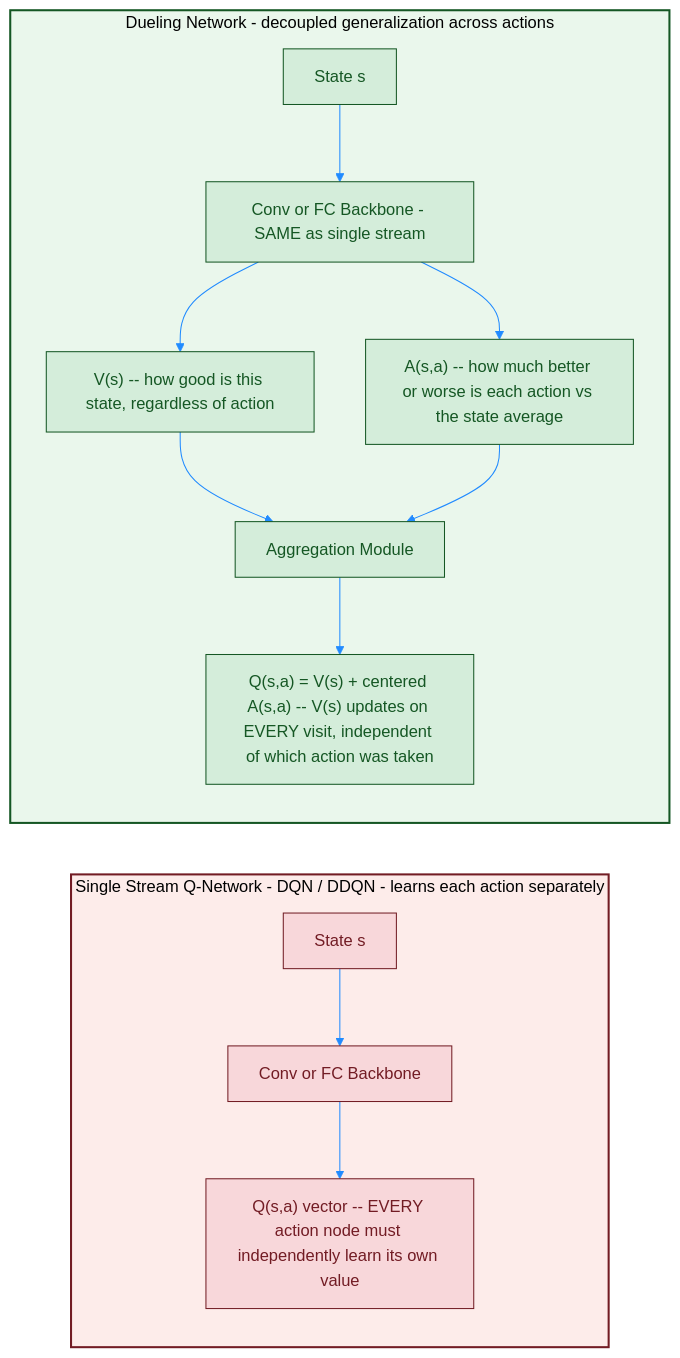
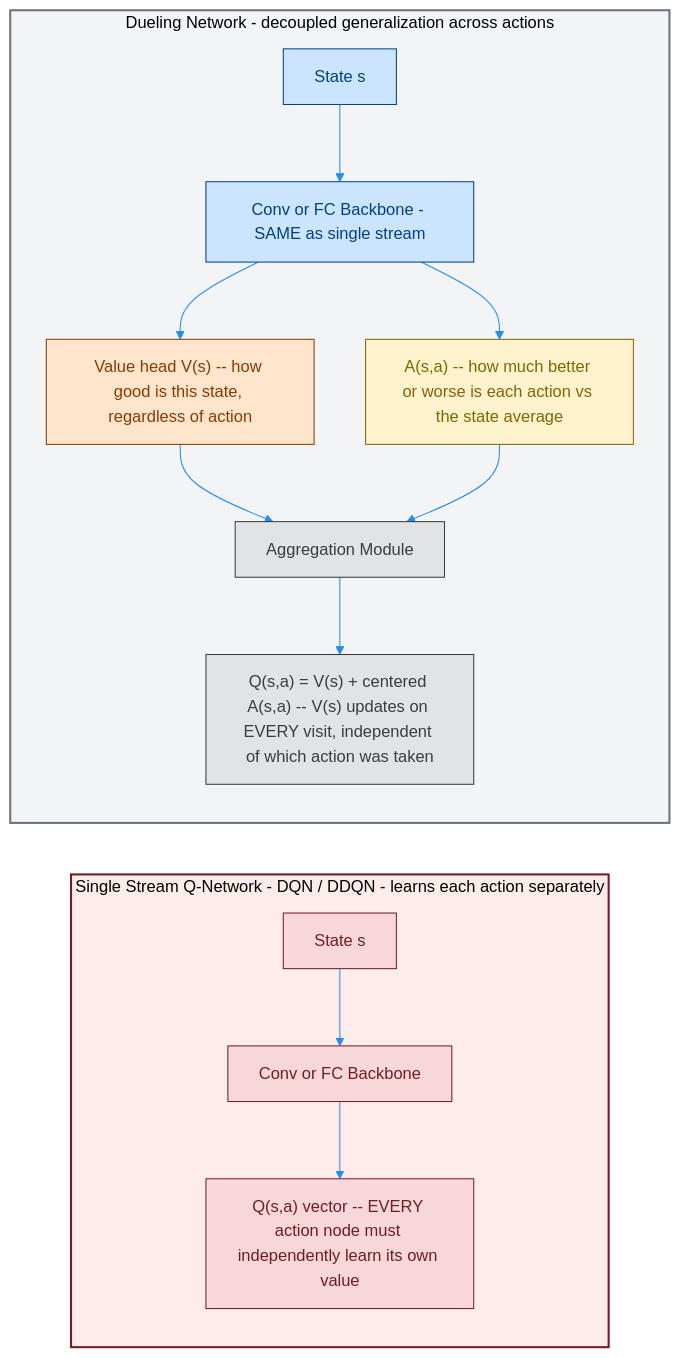
One commit to Open-Source-Robotics-For-Myanmar/rl changed the third of 5 diagrams in Day81 RL python/02_Miguel Morales - Grokking Deep Reinforcement Learning/02_rl_with_dl/rom_photos/04_1_VB_Dueling_DDQN.md. Above: the diagram before and after it, drawn with Mermaid. The commit also changed other lines of this file and 12 other files, not shown here.

````diff
--- a/Day81 RL python/02_Miguel Morales - Grokking Deep Reinforcement Learning/02_rl_with_dl/rom_photos/04_1_VB_Dueling_DDQN.md
+++ b/Day81 RL python/02_Miguel Morales - Grokking Deep Reinforcement Learning/02_rl_with_dl/rom_photos/04_1_VB_Dueling_DDQN.md
@@ -92,26 +113,34 @@
 ```mermaid
 %%{init: {'theme': 'base', 'themeVariables': { 'primaryColor': '#ffffff', 'lineColor': '#218bff'}}}%%
 graph LR
     subgraph SingleStream [Single Stream Q-Network - DQN / DDQN - learns each action separately]
         S1[State s] --> B1[Conv or FC Backbone]
         B1 --> Out1["Q(s,a) vector -- EVERY action node must independently learn its own value"]
     end
 
     subgraph DuelingStream [Dueling Network - decoupled generalization across actions]
         S2[State s] --> B2[Conv or FC Backbone - SAME as single stream]
-        B2 --> V2["V(s) -- how good is this state, regardless of action"]
+        B2 --> V2["Value head V(s) -- how good is this state, regardless of action"]
         B2 --> A2["A(s,a) -- how much better or worse is each action vs the state average"]
         V2 --> Agg2[Aggregation Module]
         A2 --> Agg2
         Agg2 --> Out2["Q(s,a) = V(s) + centered A(s,a) -- V(s) updates on EVERY visit, independent of which action was taken"]
     end
 
-    classDef single fill:#f8d7da,stroke:#721c24,stroke-width:1px,color:#721c24;
-    classDef dueling fill:#d4edda,stroke:#155724,stroke-width:1px,color:#155724;
+    classDef data fill:#cce5ff,stroke:#004085,stroke-width:1px,color:#004085;
+    classDef batch fill:#fff3cd,stroke:#856404,stroke-width:1px,color:#856404;
+    classDef train fill:#f8d7da,stroke:#721c24,stroke-width:1px,color:#721c24;
+    classDef result fill:#e2e3e5,stroke:#383d41,stroke-width:1px,color:#383d41;
+    classDef valueNetwork fill:#ffe5cc,stroke:#8a3b00,stroke-width:1px,color:#8a3b00;
 
-    class S1,B1,Out1 single;
-    class S2,B2,V2,A2,Agg2,Out2 dueling;
+    class S2,B2 data;
+    class A2 batch;
+    class S1,B1,Out1 train;
+    class Agg2,Out2 result;
+    class V2 valueNetwork;
+
+
 
     style SingleStream fill:#fdecea,stroke:#721c24,stroke-width:2px;
-    style DuelingStream fill:#eaf7ec,stroke:#155724,stroke-width:2px;
+    style DuelingStream fill:#f3f4f6,stroke:#6b7280,stroke-width:2px;
 ```
````
